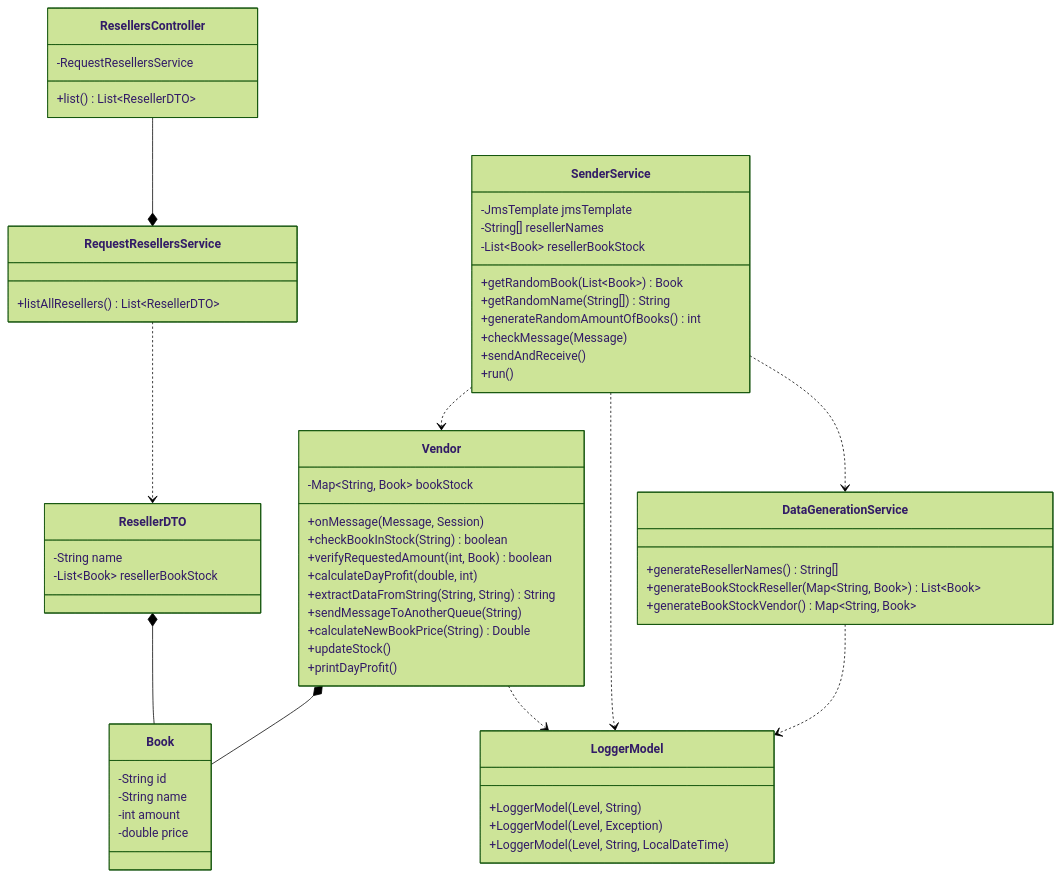
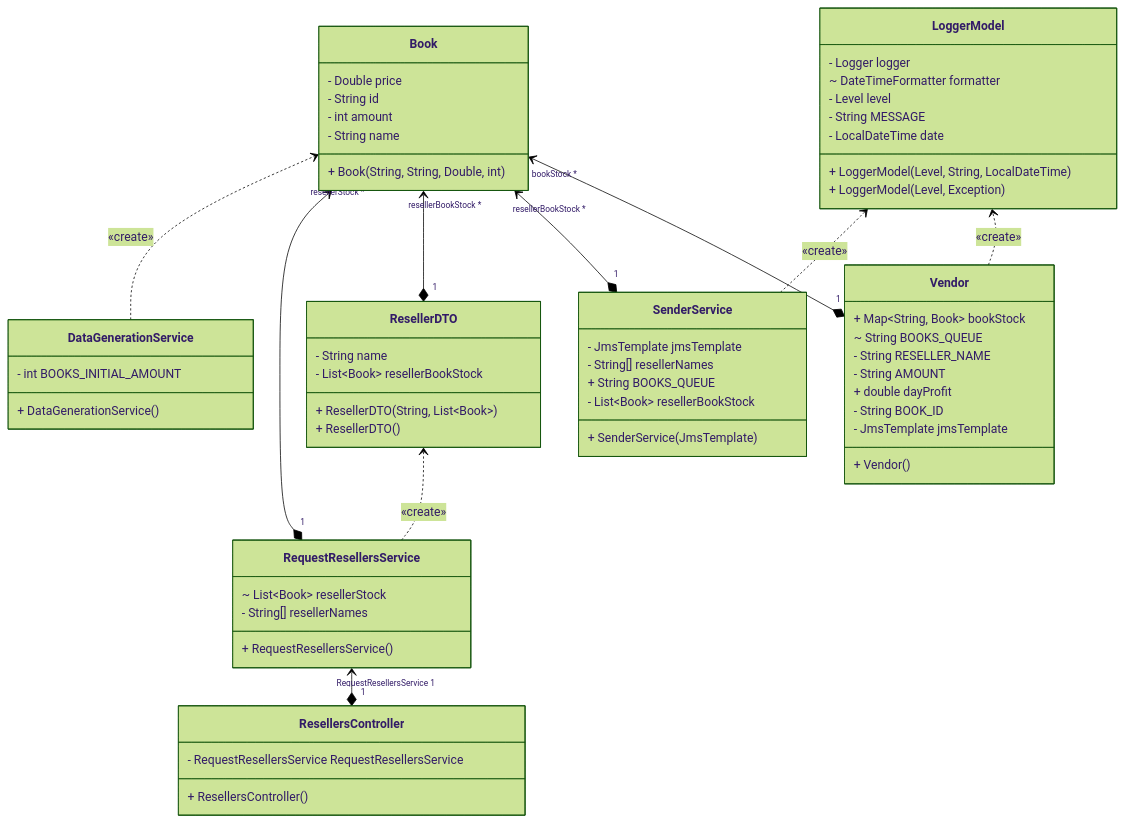
Before and after one commit to JayCesar/message-flow-challenge: the diagram in README.md, drawn with Mermaid (forest theme).

Commit message:
@JayCesar | feat: update ReadMe (Markdown)

````diff
--- a/README.md
+++ b/README.md
@@ -87,62 +87,67 @@
 ```mermaid
 classDiagram
-    ResellersController --* RequestResellersService
-    RequestResellersService ..> ResellerDTO
-    ResellerDTO *-- Book
-    Vendor *-- Book
-    SenderService ..> Vendor
-    SenderService ..> DataGenerationService
-    Vendor ..> LoggerModel
-    SenderService ..> LoggerModel
-    DataGenerationService ..> LoggerModel
-    class ResellersController {
-        -RequestResellersService
-        +list() List~ResellerDTO~
-    }
-    class RequestResellersService {
-        +listAllResellers() List~ResellerDTO~
-    }
-    class ResellerDTO {
-        -String name
-        -List~Book~ resellerBookStock
-    }
-    class Book {
-        -String id
-        -String name
-        -int amount
-        -double price
-    }
-    class Vendor {
-        -Map~String, Book~ bookStock
-        +onMessage(Message, Session)
-        +checkBookInStock(String) boolean
-        +verifyRequestedAmount(int, Book) boolean
-        +calculateDayProfit(double, int)
-        +extractDataFromString(String, String) String
-        +sendMessageToAnotherQueue(String)
-        +calculateNewBookPrice(String) Double
-        +updateStock()
-        +printDayProfit()
-    }
-    class SenderService {
-        -JmsTemplate jmsTemplate
-        -String[] resellerNames
-        -List~Book~ resellerBookStock
-        +getRandomBook(List~Book~) Book
-        +getRandomName(String[]) String
-        +generateRandomAmountOfBooks() int
-        +checkMessage(Message)
-        +sendAndReceive()
-        +run()
-    }
-    class DataGenerationService {
-        +generateResellerNames() String[]
-        +generateBookStockReseller(Map~String, Book~) List~Book~
-        +generateBookStockVendor() Map~String, Book~
-    }
-    class LoggerModel {
-        +LoggerModel(Level, String)
-        +LoggerModel(Level, Exception)
-        +LoggerModel(Level, String, LocalDateTime)
-    }
+direction BT
+class Book {
+  + Book(String, String, Double, int) 
+  - Double price
+  - String id
+  - int amount
+  - String name
+}
+class DataGenerationService {
+  + DataGenerationService() 
+  - int BOOKS_INITIAL_AMOUNT
+}
+class LoggerModel {
+  + LoggerModel(Level, String, LocalDateTime) 
+  + LoggerModel(Level, Exception) 
+  - Logger logger
+  ~ DateTimeFormatter formatter
+  - Level level
+  - String MESSAGE
+  - LocalDateTime date
+}
+class RequestResellersService {
+  + RequestResellersService() 
+  ~ List~Book~ resellerStock
+  - String[] resellerNames
+}
+class ResellerDTO {
+  + ResellerDTO(String, List~Book~) 
+  + ResellerDTO() 
+  - String name
+  - List~Book~ resellerBookStock
+}
+class ResellersController {
+  + ResellersController() 
+  - RequestResellersService RequestResellersService
+}
+class SenderService {
+  + SenderService(JmsTemplate) 
+  - JmsTemplate jmsTemplate
+  - String[] resellerNames
+  + String BOOKS_QUEUE
+  - List~Book~ resellerBookStock
+}
+class Vendor {
+  + Vendor() 
+  + Map~String, Book~ bookStock
+  ~ String BOOKS_QUEUE
+  - String RESELLER_NAME
+  - String AMOUNT
+  + double dayProfit
+  - String BOOK_ID
+  - JmsTemplate jmsTemplate
+}
+
+DataGenerationService  ..>  Book : «create»
+RequestResellersService "1" *--> "resellerStock *" Book 
+RequestResellersService  ..>  ResellerDTO : «create»
+ResellerDTO "1" *--> "resellerBookStock *" Book 
+ResellersController "1" *--> "RequestResellersService 1" RequestResellersService 
+SenderService "1" *--> "resellerBookStock *" Book 
+SenderService  ..>  LoggerModel : «create»
+Vendor "1" *--> "bookStock *" Book 
+Vendor  ..>  LoggerModel : «create»
+
 ```
````
